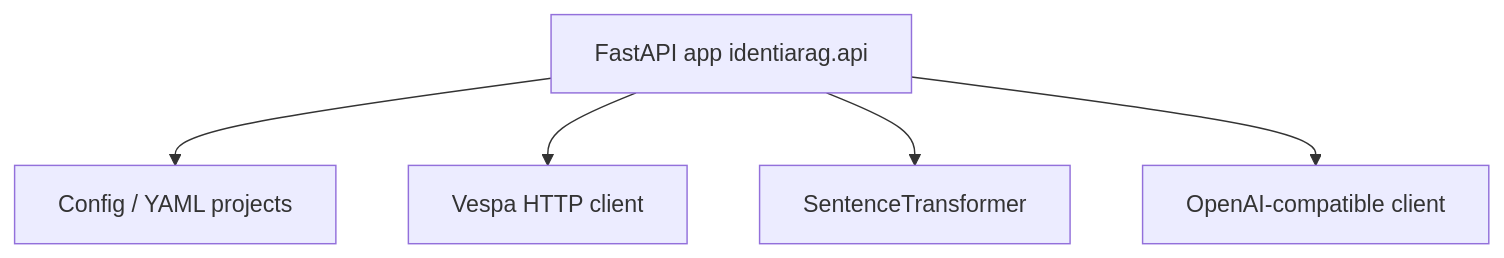
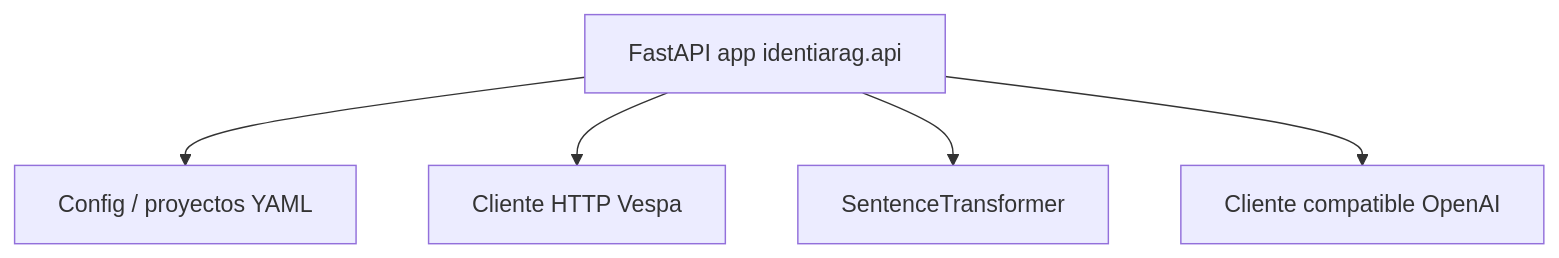
The second of 3 diagrams in docs/as-built/identiarag-software.md (13g4d0/docu-es), drawn with Mermaid before and after one commit. The commit also changed other lines of this file and 38 other files, not shown here.

````diff
--- a/docs/as-built/identiarag-software.md
+++ b/docs/as-built/identiarag-software.md
@@ -38,13 +38,13 @@
 ```mermaid
 flowchart TB
   api[FastAPI app identiarag.api]
-  cfg[Config / YAML projects]
-  vespa[Vespa HTTP client]
+  cfg[Config / proyectos YAML]
+  vespa[Cliente HTTP Vespa]
   emb[SentenceTransformer]
-  oai[OpenAI-compatible client]
+  oai[Cliente compatible OpenAI]
 
   api --> cfg
   api --> vespa
   api --> emb
   api --> oai
 ```
````
